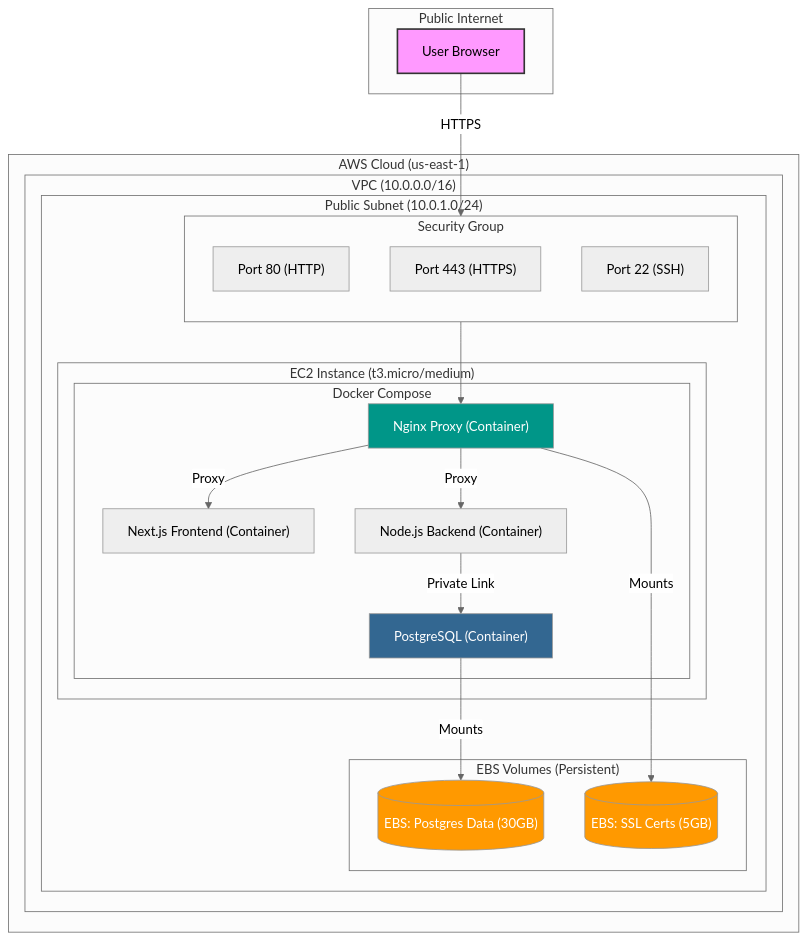
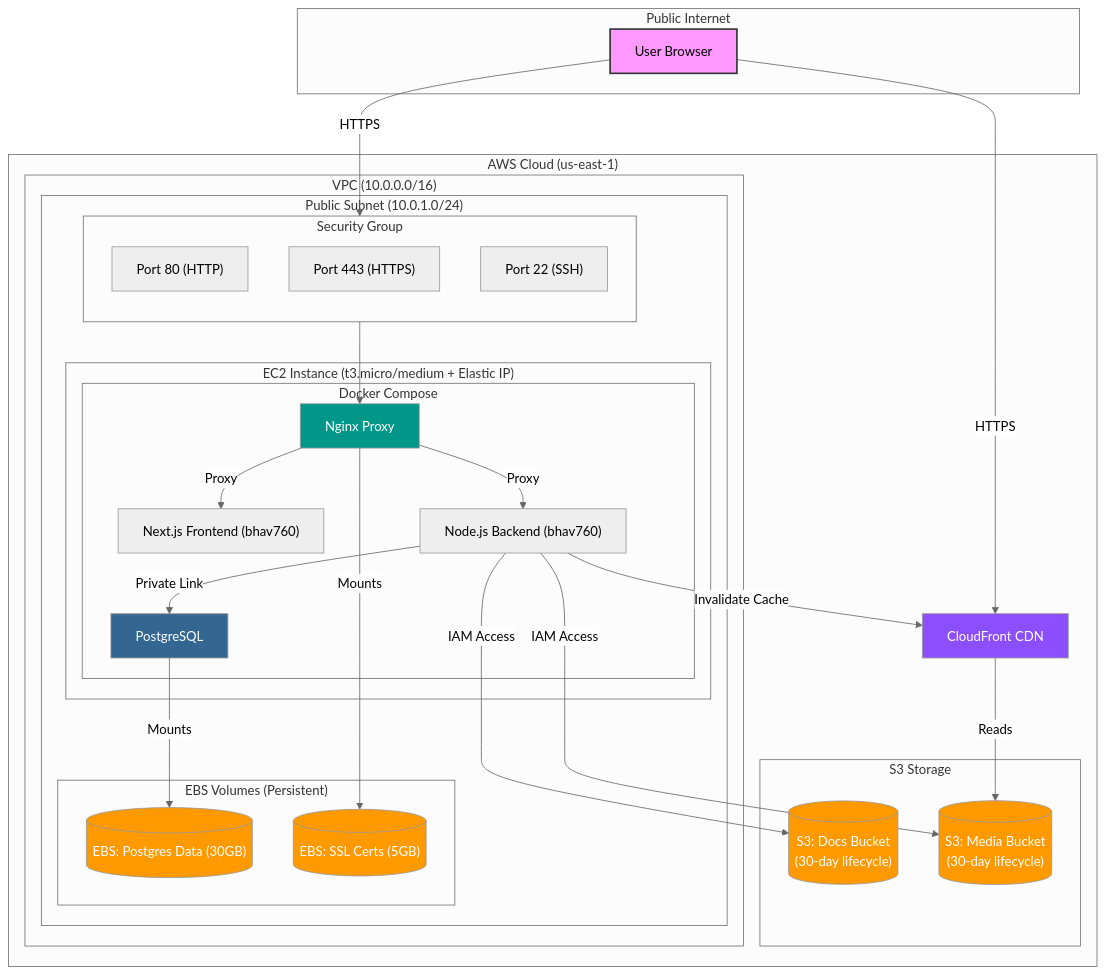
Before and after one commit to bhavprakashsingh/docker-project: the diagram in DEPLOYMENT_ARCHITECTURE.md, drawn with Mermaid (neutral theme). The commit also changed other lines of this file and 1 other file, not shown here.

````diff
--- a/DEPLOYMENT_ARCHITECTURE.md
+++ b/DEPLOYMENT_ARCHITECTURE.md
@@ -7,53 +7,71 @@
 ```mermaid
 graph TD
     subgraph "Public Internet"
         User["User Browser"]
     end
 
     subgraph "AWS Cloud (us-east-1)"
+        CloudFront["CloudFront CDN"]
+        
+        subgraph "S3 Storage"
+            S3_Docs[("S3: Docs Bucket\n(30-day lifecycle)")]
+            S3_Media[("S3: Media Bucket\n(30-day lifecycle)")]
+        end
+
         subgraph "VPC (10.0.0.0/16)"
             subgraph "Public Subnet (10.0.1.0/24)"
                 subgraph "Security Group"
                     direction TB
                     P80["Port 80 (HTTP)"]
                     P443["Port 443 (HTTPS)"]
                     P22["Port 22 (SSH)"]
                 end
 
-                subgraph "EC2 Instance (t3.micro/medium)"
+                subgraph "EC2 Instance (t3.micro/medium + Elastic IP)"
                     subgraph "Docker Compose"
-                        Nginx["Nginx Proxy (Container)"]
-                        Frontend["Next.js Frontend (Container)"]
-                        Backend["Node.js Backend (Container)"]
-                        Postgres["PostgreSQL (Container)"]
+                        Nginx["Nginx Proxy"]
+                        Frontend["Next.js Frontend (bhav760)"]
+                        Backend["Node.js Backend (bhav760)"]
+                        Postgres["PostgreSQL"]
                     end
                 end
 
                 subgraph "EBS Volumes (Persistent)"
                     EBS_DB[("EBS: Postgres Data (30GB)")]
                     EBS_SSL[("EBS: SSL Certs (5GB)")]
                 end
             end
         end
     end
 
     %% Traffic Flow
     User -- HTTPS --> P443
+    User -- HTTPS --> CloudFront
+    CloudFront -- Reads --> S3_Media
+    
     P443 --> Nginx
     
     %% Internal Docker Routing
     Nginx -- Proxy --> Frontend
     Nginx -- Proxy --> Backend
     Backend -- Private Link --> Postgres
+    
+    %% AWS API Integrations
+    Backend -- IAM Access --> S3_Docs
+    Backend -- IAM Access --> S3_Media
+    Backend -- Invalidate Cache --> CloudFront
 
     %% Data Persistence
     Postgres -- Mounts --> EBS_DB
     Nginx -- Mounts --> EBS_SSL
 
     %% Styling
     style User fill:#f9f,stroke:#333,stroke-width:2px
     style Nginx fill:#009688,color:#fff
     style Postgres fill:#336791,color:#fff
     style EBS_DB fill:#ff9900,color:#fff
     style EBS_SSL fill:#ff9900,color:#fff
+    style S3_Docs fill:#ff9900,color:#fff
+    style S3_Media fill:#ff9900,color:#fff
+    style CloudFront fill:#8c4fff,color:#fff
 ```
````
